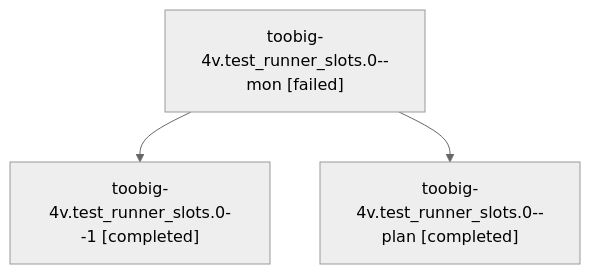
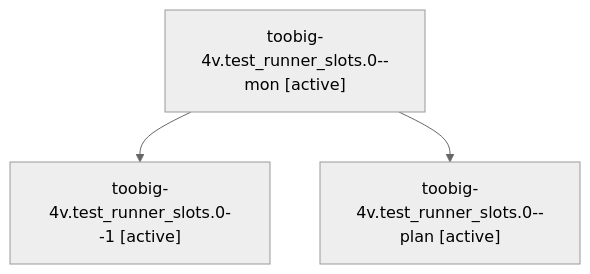
The diagram in families/bbugyi200.athena.toobig-4v.test_runner_slots.0.md (sase-org/sase--agents), drawn with Mermaid (neutral theme) before and after one commit. The commit also changed other lines of this file and 35830 other files, not shown here.

````diff
--- a/families/bbugyi200.athena.toobig-4v.test_runner_slots.0.md
+++ b/families/bbugyi200.athena.toobig-4v.test_runner_slots.0.md
@@ -9,8 +9,8 @@
 ```mermaid
 flowchart TD
-  n0["toobig-4v.test_runner_slots.0--mon [failed]"]
-  n1["toobig-4v.test_runner_slots.0--1 [completed]"]
+  n0["toobig-4v.test_runner_slots.0--mon [active]"]
+  n1["toobig-4v.test_runner_slots.0--1 [active]"]
   n0 --> n1
-  n2["toobig-4v.test_runner_slots.0--plan [completed]"]
+  n2["toobig-4v.test_runner_slots.0--plan [active]"]
   n0 --> n2
 ```
````
